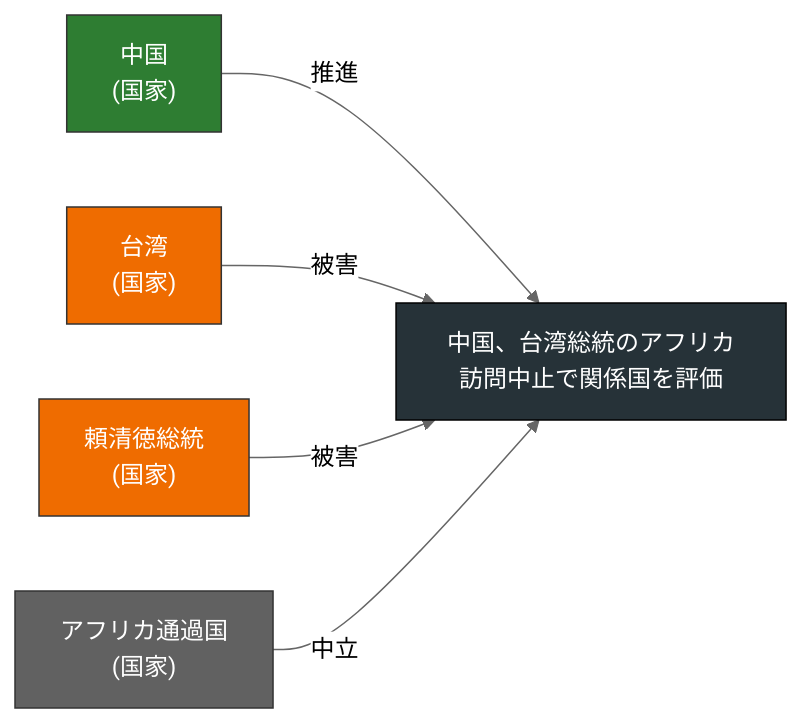
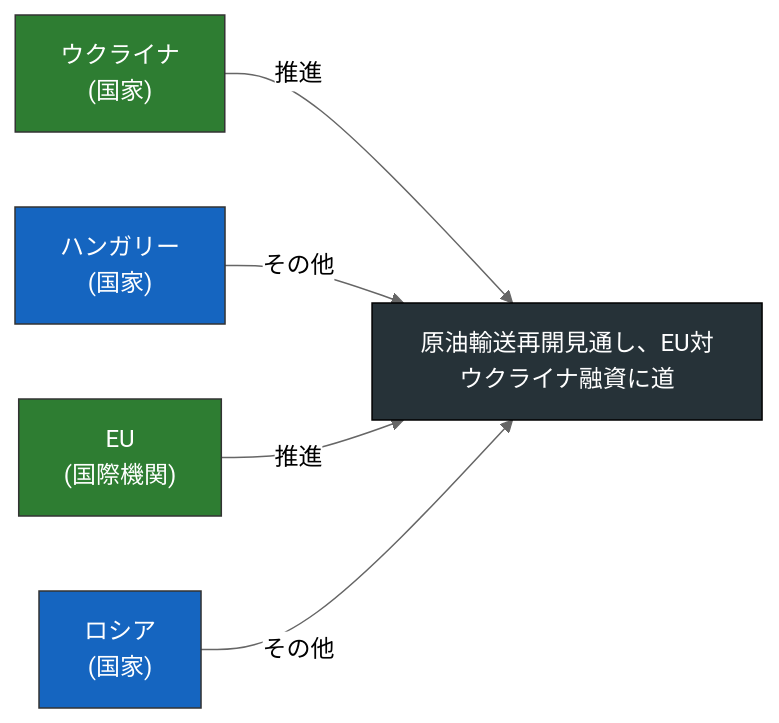
One commit to YUUUyutaro/tiseigaku changed diagram 12 of 20 in docs/reports/2026-04-23.md. Above: the diagram before and after it, drawn with Mermaid (neutral theme). The commit also changed other lines of this file and 3 other files, not shown here.

````diff
--- a/docs/reports/2026-04-23.md
+++ b/docs/reports/2026-04-23.md
@@ -242,17 +229,17 @@
 ```mermaid
 flowchart LR
-  T["中国、台湾総統のアフリカ訪問中止で関係国を評価"]
-  A0["中国\n(国家)"]
+  T["原油輸送再開見通し、EU対ウクライナ融資に道"]
+  A0["ウクライナ\n(国家)"]
   A0 -- 推進 --> T
   style A0 fill:#2e7d32,color:#fff,stroke:#333
-  A1["台湾\n(国家)"]
-  A1 -- 被害 --> T
-  style A1 fill:#ef6c00,color:#fff,stroke:#333
-  A2["頼清徳総統\n(国家)"]
-  A2 -- 被害 --> T
-  style A2 fill:#ef6c00,color:#fff,stroke:#333
-  A3["アフリカ通過国\n(国家)"]
-  A3 -- 中立 --> T
-  style A3 fill:#616161,color:#fff,stroke:#333
+  A1["ハンガリー\n(国家)"]
+  A1 -- その他 --> T
+  style A1 fill:#1565c0,color:#fff,stroke:#333
+  A2["EU\n(国際機関)"]
+  A2 -- 推進 --> T
+  style A2 fill:#2e7d32,color:#fff,stroke:#333
+  A3["ロシア\n(国家)"]
+  A3 -- その他 --> T
+  style A3 fill:#1565c0,color:#fff,stroke:#333
   style T fill:#263238,color:#fff,stroke:#000
 ```
````
